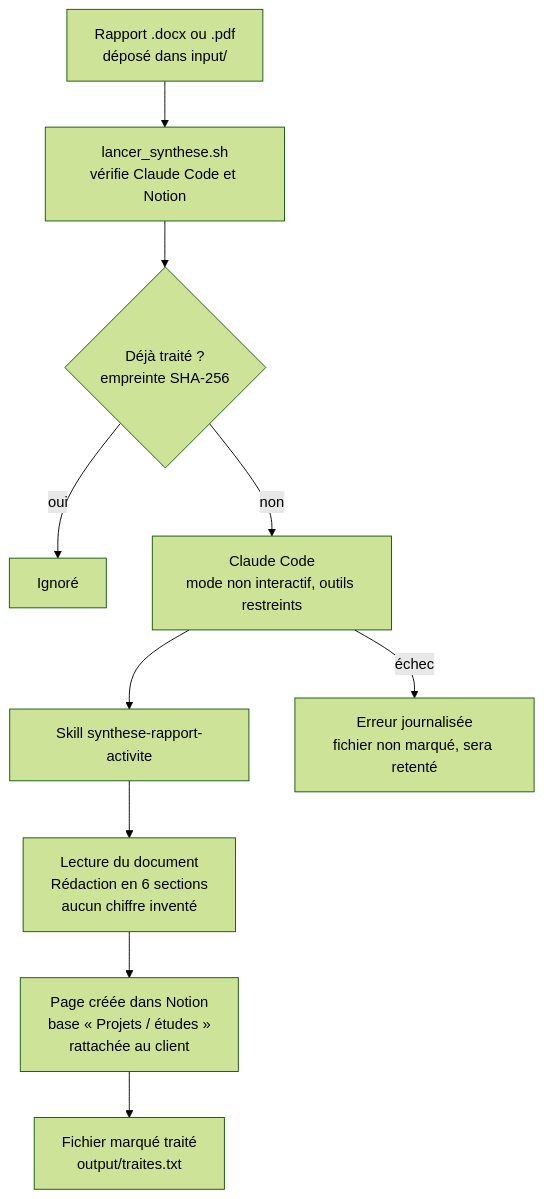
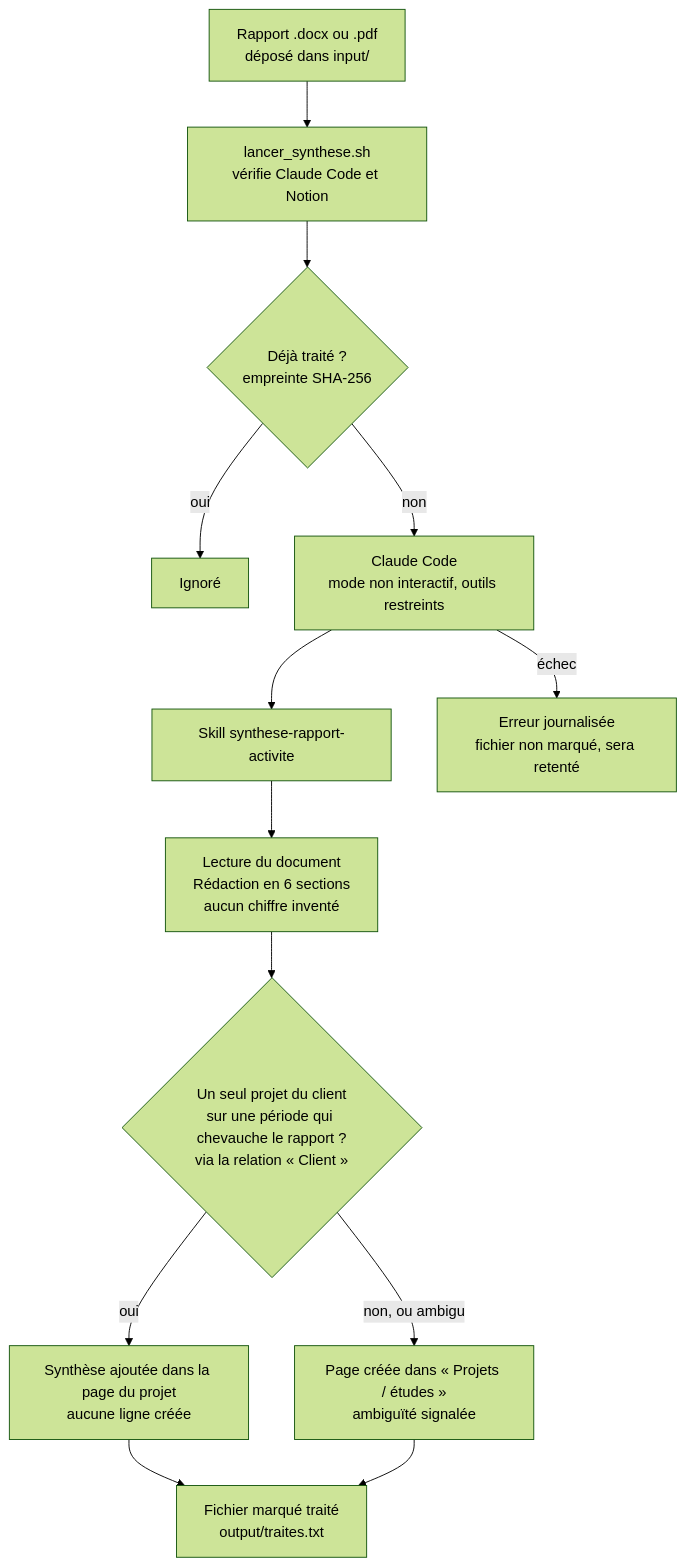
Before and after one commit to sedera1525/notion: the diagram in docs/schema-flux.md, drawn with Mermaid (forest theme). The commit also changed other lines of this file and 6 other files, not shown here.

````diff
--- a/docs/schema-flux.md
+++ b/docs/schema-flux.md
@@ -50,12 +58,15 @@
 ```mermaid
 flowchart TD
     A["Rapport .docx ou .pdf<br/>déposé dans input/"] --> B["lancer_synthese.sh<br/>vérifie Claude Code et Notion"]
     B --> C{"Déjà traité ?<br/>empreinte SHA-256"}
     C -- oui --> D["Ignoré"]
     C -- non --> E["Claude Code<br/>mode non interactif, outils restreints"]
     E --> F["Skill synthese-rapport-activite"]
     F --> G["Lecture du document<br/>Rédaction en 6 sections<br/>aucun chiffre inventé"]
-    G --> H["Page créée dans Notion<br/>base « Projets / études »<br/>rattachée au client"]
-    H --> I["Fichier marqué traité<br/>output/traites.txt"]
+    G --> H{"Un seul projet du client<br/>sur une période qui chevauche le rapport ?<br/>via la relation « Client »"}
+    H -- oui --> H1["Synthèse ajoutée dans la page du projet<br/>aucune ligne créée"]
+    H -- "non, ou ambigu" --> H2["Page créée dans « Projets / études »<br/>ambiguïté signalée"]
+    H1 --> I["Fichier marqué traité<br/>output/traites.txt"]
+    H2 --> I
     E -- échec --> J["Erreur journalisée<br/>fichier non marqué, sera retenté"]
 ```
````
